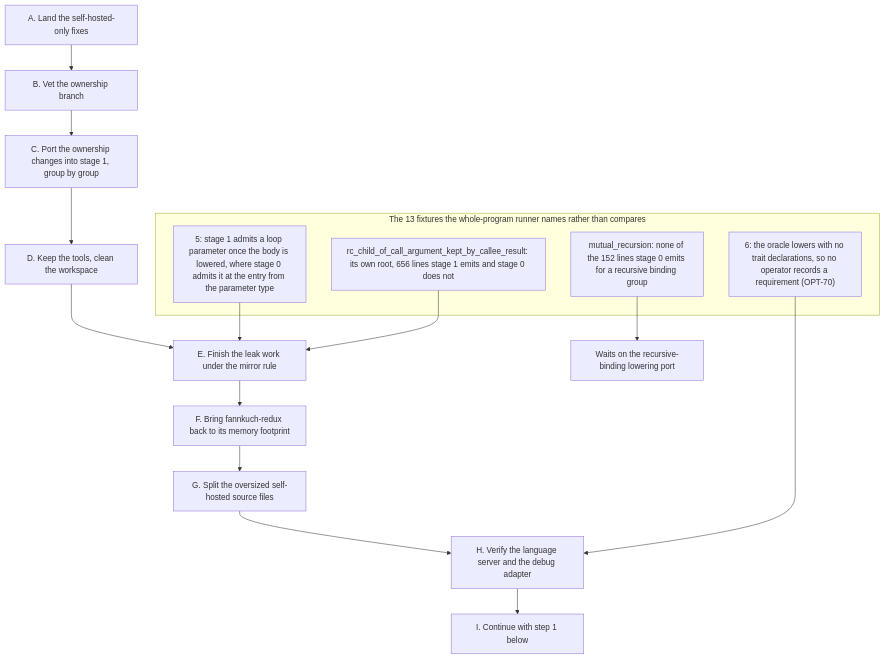
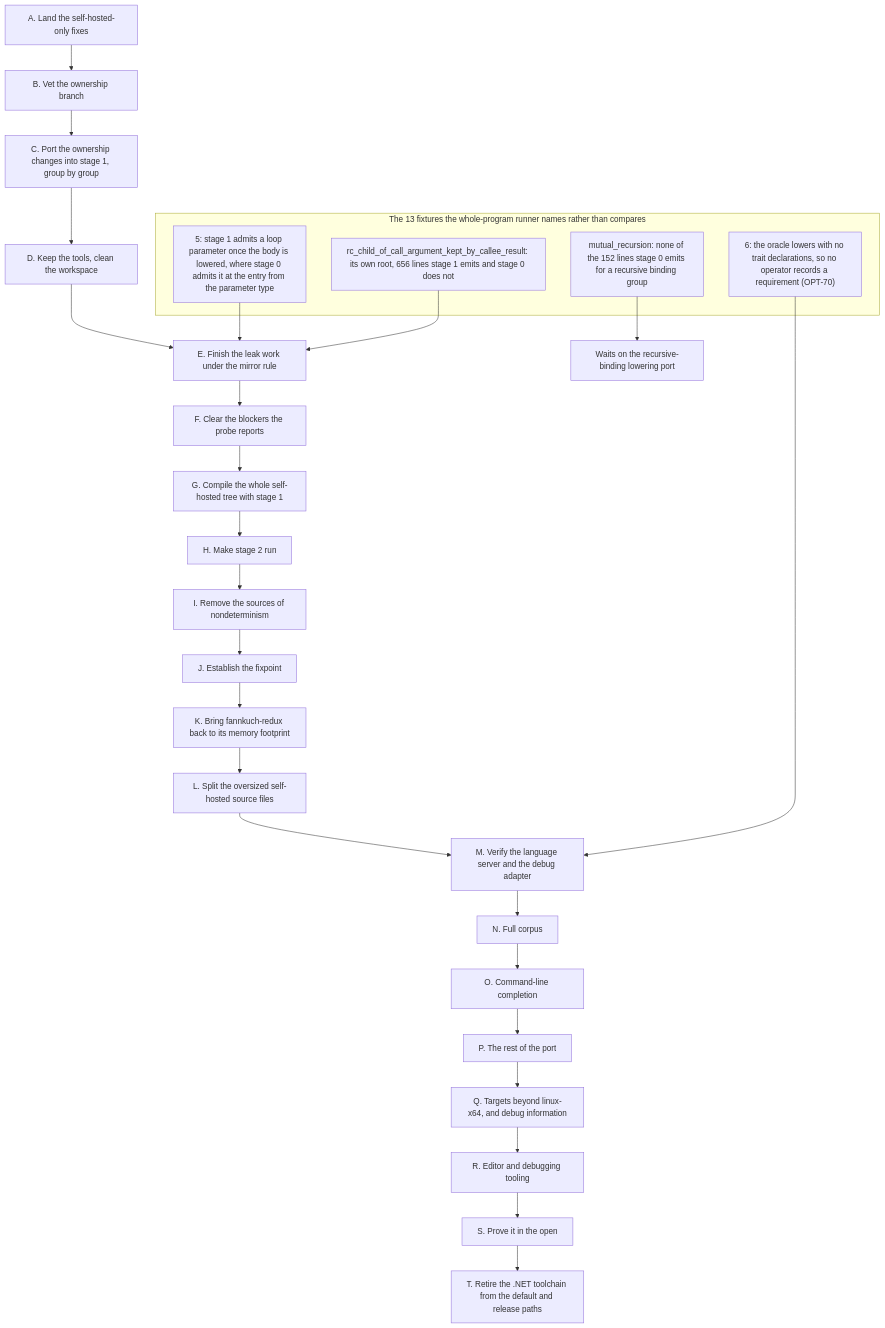
Before and after one commit to MattiasHognas/Ashes: the first of 2 diagrams in docs/md/future/SELF_HOSTING.md, drawn with Mermaid. The commit also changed other lines of this file, not shown here.

Commit message:
docs: one lettered work order in SELF_HOSTING.md, fixpoint straight after the leak work (#1140)

````diff
--- a/docs/md/future/SELF_HOSTING.md
+++ b/docs/md/future/SELF_HOSTING.md
@@ -89,23 +97,34 @@
 ```mermaid
 flowchart TD
     A[A. Land the self-hosted-only fixes] --> B[B. Vet the ownership branch]
     B --> C[C. Port the ownership changes into stage 1, group by group]
     C --> D[D. Keep the tools, clean the workspace]
     D --> E[E. Finish the leak work under the mirror rule]
-    E --> F[F. Bring fannkuch-redux back to its memory footprint]
-    F --> G[G. Split the oversized self-hosted source files]
-    G --> H[H. Verify the language server and the debug adapter]
-    H --> I[I. Continue with step 1 below]
+    E --> F[F. Clear the blockers the probe reports]
+    F --> G[G. Compile the whole self-hosted tree with stage 1]
+    G --> H[H. Make stage 2 run]
+    H --> I[I. Remove the sources of nondeterminism]
+    I --> J[J. Establish the fixpoint]
+    J --> K[K. Bring fannkuch-redux back to its memory footprint]
+    K --> L[L. Split the oversized self-hosted source files]
+    L --> M[M. Verify the language server and the debug adapter]
+    M --> N[N. Full corpus]
+    N --> O[O. Command-line completion]
+    O --> P[P. The rest of the port]
+    P --> Q[Q. Targets beyond linux-x64, and debug information]
+    Q --> R[R. Editor and debugging tooling]
+    R --> S[S. Prove it in the open]
+    S --> T[T. Retire the .NET toolchain from the default and release paths]
 
     subgraph gaps["The 13 fixtures the whole-program runner names rather than compares"]
         P2["5: stage 1 admits a loop parameter once the body is lowered, where stage 0 admits it at the entry from the parameter type"]
         P3["rc_child_of_call_argument_kept_by_callee_result: its own root, 656 lines stage 1 emits and stage 0 does not"]
         P1["6: the oracle lowers with no trait declarations, so no operator records a requirement (OPT-70)"]
         P4["mutual_recursion: none of the 152 lines stage 0 emits for a recursive binding group"]
     end
 
     P2 --> E
     P3 --> E
-    P1 --> H
+    P1 --> M
     P4 --> S3["Waits on the recursive-binding lowering port"]
 ```
````
